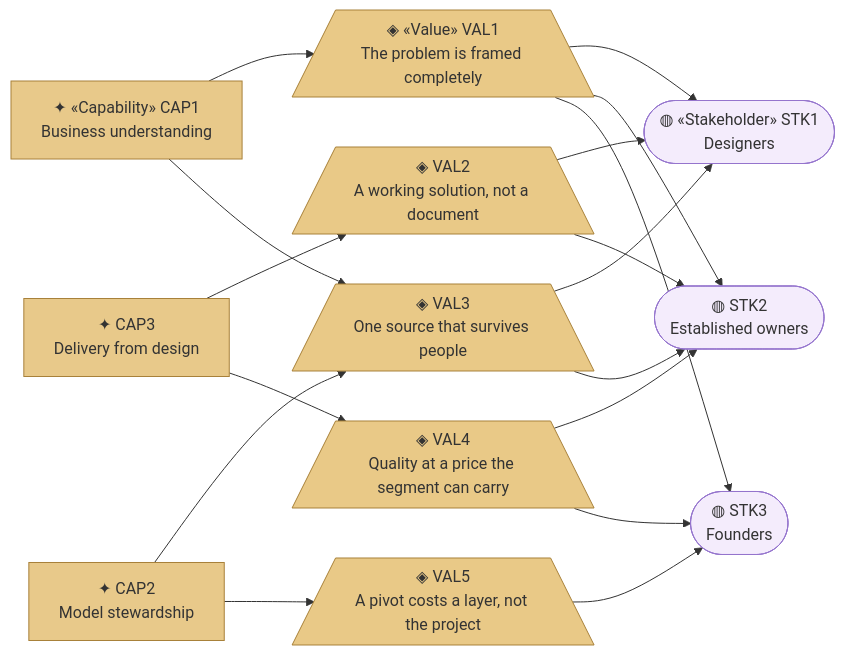
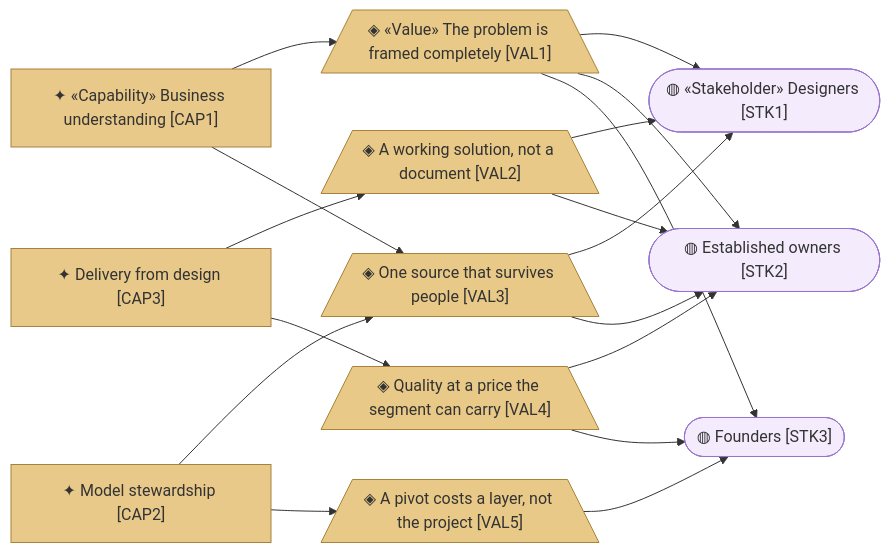
One commit to roanboc/architecture-archreator changed the fourth of 6 diagrams in org-archreator/architecture/1_strategy/2_capabilities-and-resources.md. Above: the diagram before and after it, drawn with Mermaid. The commit also changed other lines of this file and 38 other files, not shown here.

````diff
--- a/org-archreator/architecture/1_strategy/2_capabilities-and-resources.md
+++ b/org-archreator/architecture/1_strategy/2_capabilities-and-resources.md
@@ -181,38 +181,38 @@
 ```mermaid
 flowchart LR
-  cap1["✦ «Capability» CAP1<br>Business understanding"]:::area
-  cap2["✦ CAP2<br>Model stewardship"]:::area
-  cap3["✦ CAP3<br>Delivery from design"]:::area
+  cap1["✦ «Capability» Business understanding [CAP1]"]:::area
+  cap2["✦ Model stewardship [CAP2]"]:::area
+  cap3["✦ Delivery from design [CAP3]"]:::area
 
-  val1[/"◈ «Value» VAL1<br>The problem is framed completely"\]:::value
-  val2[/"◈ VAL2<br>A working solution, not a document"\]:::value
-  val3[/"◈ VAL3<br>One source that survives people"\]:::value
-  val4[/"◈ VAL4<br>Quality at a price the segment can carry"\]:::value
-  val5[/"◈ VAL5<br>A pivot costs a layer, not the project"\]:::value
+  val1[/"◈ «Value» The problem is framed completely [VAL1]"\]:::value
+  val2[/"◈ A working solution, not a document [VAL2]"\]:::value
+  val3[/"◈ One source that survives people [VAL3]"\]:::value
+  val4[/"◈ Quality at a price the segment can carry [VAL4]"\]:::value
+  val5[/"◈ A pivot costs a layer, not the project [VAL5]"\]:::value
 
-  stk1(["◍ «Stakeholder» STK1<br>Designers"]):::stakeholder
-  stk2(["◍ STK2<br>Established owners"]):::stakeholder
-  stk3(["◍ STK3<br>Founders"]):::stakeholder
+  stk1(["◍ «Stakeholder» Designers [STK1]"]):::stakeholder
+  stk2(["◍ Established owners [STK2]"]):::stakeholder
+  stk3(["◍ Founders [STK3]"]):::stakeholder
 
   cap1 --> val1
   cap1 --> val3
   cap2 --> val3
   cap2 --> val5
   cap3 --> val2
   cap3 --> val4
 
   val1 --> stk1
   val1 --> stk2
   val1 --> stk3
   val2 --> stk1
   val2 --> stk2
   val3 --> stk1
   val3 --> stk2
   val4 --> stk2
   val4 --> stk3
   val5 --> stk3
 
   classDef area fill:#e8c98a,stroke:#a8813a,color:#333
   classDef value fill:#e9c987,stroke:#a8813a,color:#333
   classDef stakeholder fill:#f4ecfc,stroke:#9575cd,color:#333
 ```
````
